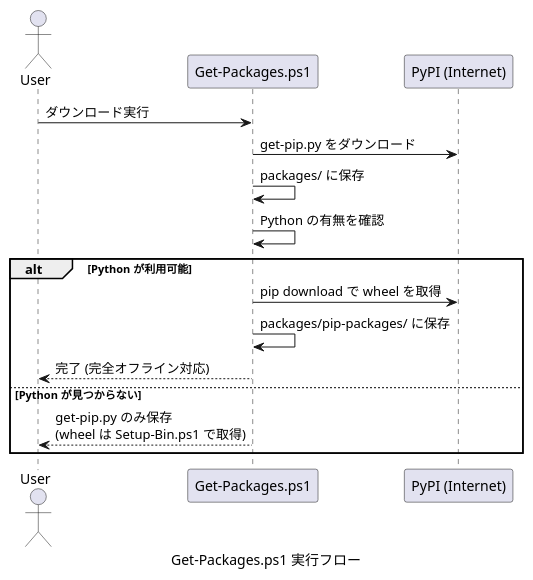
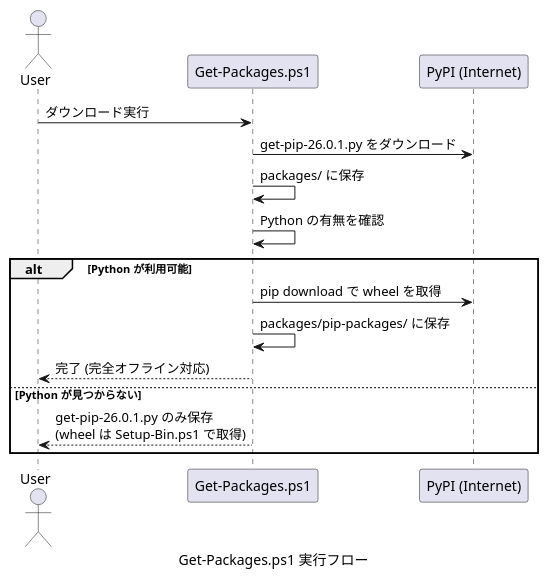
Before and after one commit to Hondarer/devbin-win: the third of 5 diagrams in docs-src/offline-pip-design.md, drawn with PlantUML. The commit also changed other lines of this file and 3 other files, not shown here.

First line of the commit message:
get-pip.py にバージョンを付与し、ドキュメントを更新

````diff
--- a/docs-src/offline-pip-design.md
+++ b/docs-src/offline-pip-design.md
@@ -239,22 +239,22 @@
 ```plantuml
 @startuml Get-Packages.ps1 実行フロー
 caption Get-Packages.ps1 実行フロー
 actor User
 participant "Get-Packages.ps1" as GetPkg
 participant "PyPI (Internet)" as PyPI
 
 User -> GetPkg: ダウンロード実行
-GetPkg -> PyPI: get-pip.py をダウンロード
+GetPkg -> PyPI: get-pip-26.0.1.py をダウンロード
 GetPkg -> GetPkg: packages/ に保存
 
 GetPkg -> GetPkg: Python の有無を確認
 
 alt Python が利用可能
     GetPkg -> PyPI: pip download で wheel を取得
     GetPkg -> GetPkg: packages/pip-packages/ に保存
     GetPkg --> User: 完了 (完全オフライン対応)
 else Python が見つからない
-    GetPkg --> User: get-pip.py のみ保存\n(wheel は Setup-Bin.ps1 で取得)
+    GetPkg --> User: get-pip-26.0.1.py のみ保存\n(wheel は Setup-Bin.ps1 で取得)
 end
 @enduml
 ```
````
